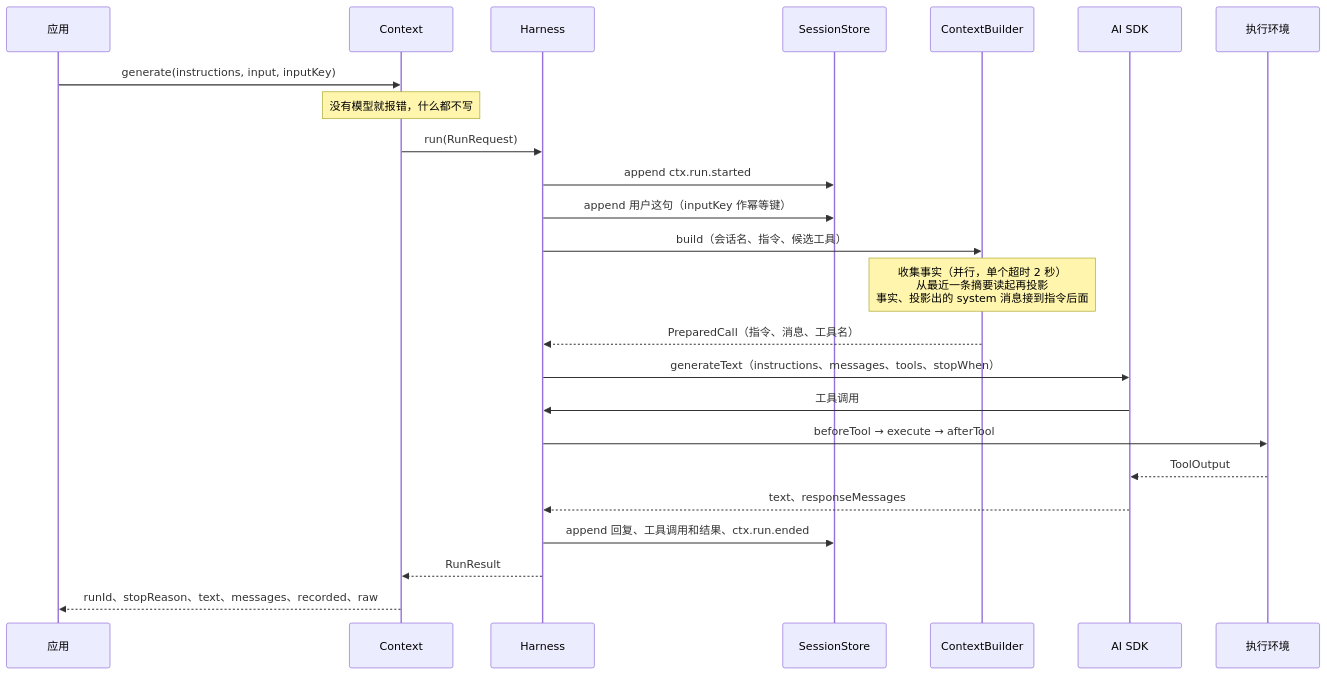
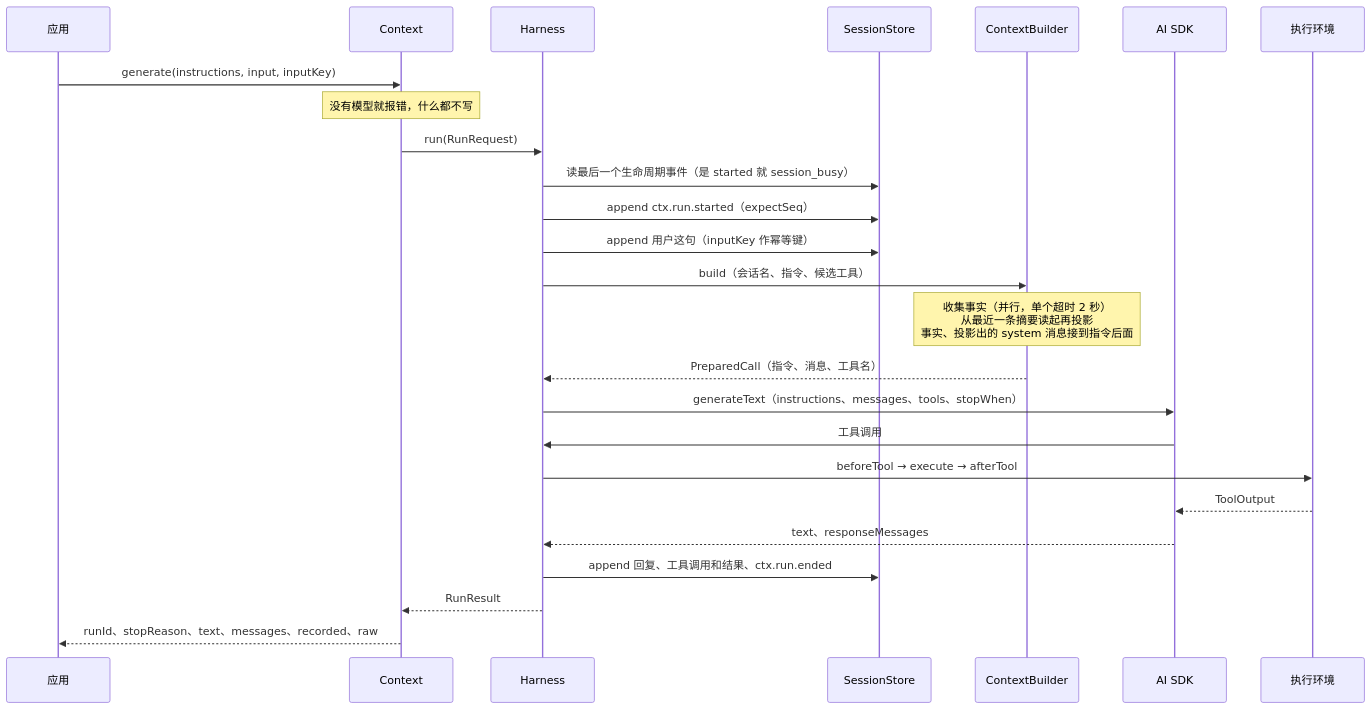
One commit to modelctx-ai/ctx changed the third of 4 diagrams in docs/architecture.md. Above: the diagram before and after it, drawn with Mermaid. The commit also changed other lines of this file and 22 other files, not shown here.

First line of the commit message:
feat(protocol): expectSeq write precondition, run fencing and owner (ADR 0005 phase 2)

````diff
--- a/docs/architecture.md
+++ b/docs/architecture.md
@@ -91,26 +91,27 @@
 ```mermaid
 sequenceDiagram
   participant App as 应用
   participant Ctx as Context
   participant H as Harness
   participant Store as SessionStore
   participant B as ContextBuilder
   participant SDK as AI SDK
   participant Ex as 执行环境
   App->>Ctx: generate(instructions, input, inputKey)
   Note over Ctx: 没有模型就报错，什么都不写
   Ctx->>H: run(RunRequest)
-  H->>Store: append ctx.run.started
+  H->>Store: 读最后一个生命周期事件（是 started 就 session_busy）
+  H->>Store: append ctx.run.started（expectSeq）
   H->>Store: append 用户这句（inputKey 作幂等键）
   H->>B: build（会话名、指令、候选工具）
   Note over B: 收集事实（并行，单个超时 2 秒）<br/>从最近一条摘要读起再投影<br/>事实、投影出的 system 消息接到指令后面
   B-->>H: PreparedCall（指令、消息、工具名）
   H->>SDK: generateText（instructions、messages、tools、stopWhen）
   SDK->>H: 工具调用
   H->>Ex: beforeTool → execute → afterTool
   Ex-->>SDK: ToolOutput
   SDK-->>H: text、responseMessages
   H->>Store: append 回复、工具调用和结果、ctx.run.ended
   H-->>Ctx: RunResult
   Ctx-->>App: runId、stopReason、text、messages、recorded、raw
 ```
````
